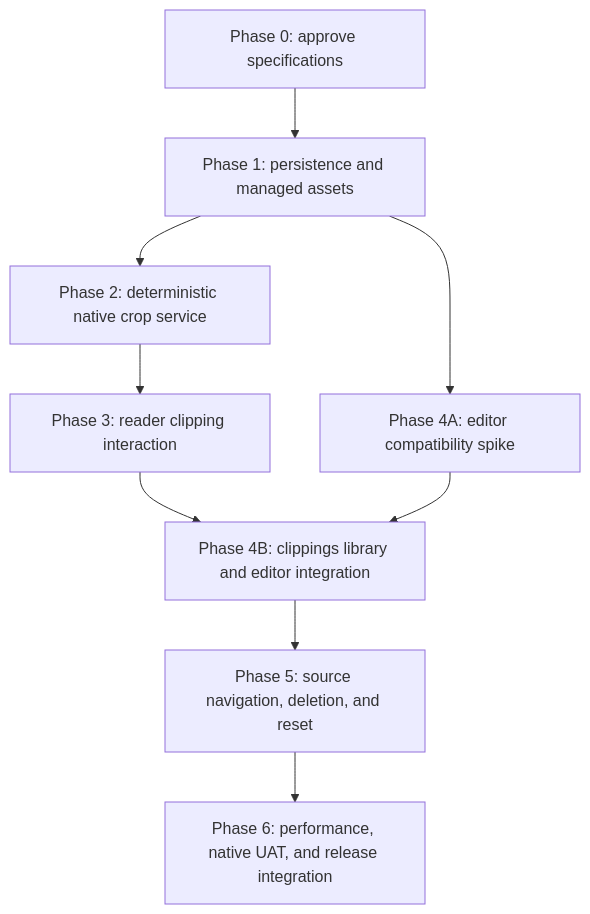
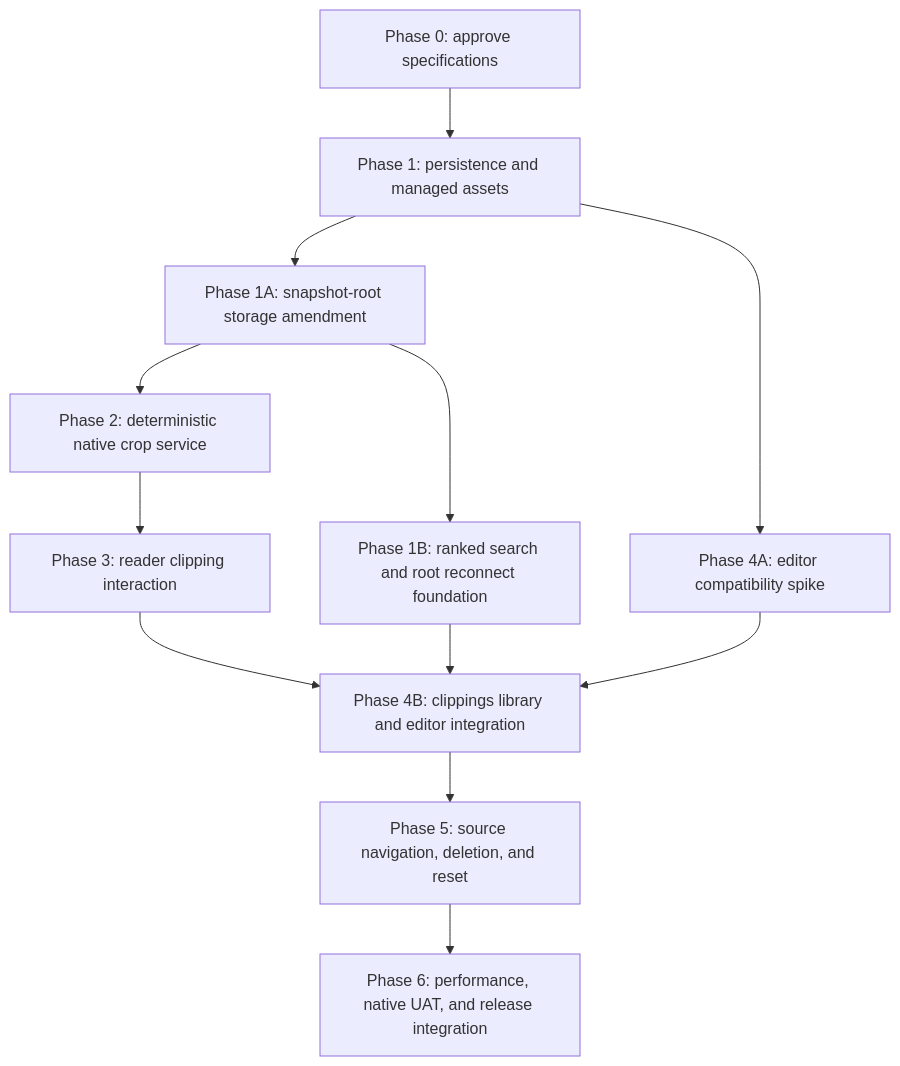
One commit to Howard-Starfield/LinkVault-Linkedin-Learning-Courses-Downloader changed the diagram in docs/specs/newspaper-clippings-v1/README.md. Above: the diagram before and after it, drawn with Mermaid. The commit also changed other lines of this file and 9 other files, not shown here.

Commit message:
docs(newspaper): plan ranked search and snapshot reconnect

````diff
--- a/docs/specs/newspaper-clippings-v1/README.md
+++ b/docs/specs/newspaper-clippings-v1/README.md
@@ -188,11 +196,14 @@
 ```mermaid
 flowchart TD
     P0["Phase 0: approve specifications"] --> P1["Phase 1: persistence and managed assets"]
-    P1 --> P2["Phase 2: deterministic native crop service"]
+    P1 --> P1A["Phase 1A: snapshot-root storage amendment"]
+    P1A --> P1B["Phase 1B: ranked search and root reconnect foundation"]
+    P1A --> P2["Phase 2: deterministic native crop service"]
     P2 --> P3["Phase 3: reader clipping interaction"]
     P1 --> P4A["Phase 4A: editor compatibility spike"]
     P3 --> P4B["Phase 4B: clippings library and editor integration"]
+    P1B --> P4B
     P4A --> P4B
     P4B --> P5["Phase 5: source navigation, deletion, and reset"]
     P5 --> P6["Phase 6: performance, native UAT, and release integration"]
 ```
````
